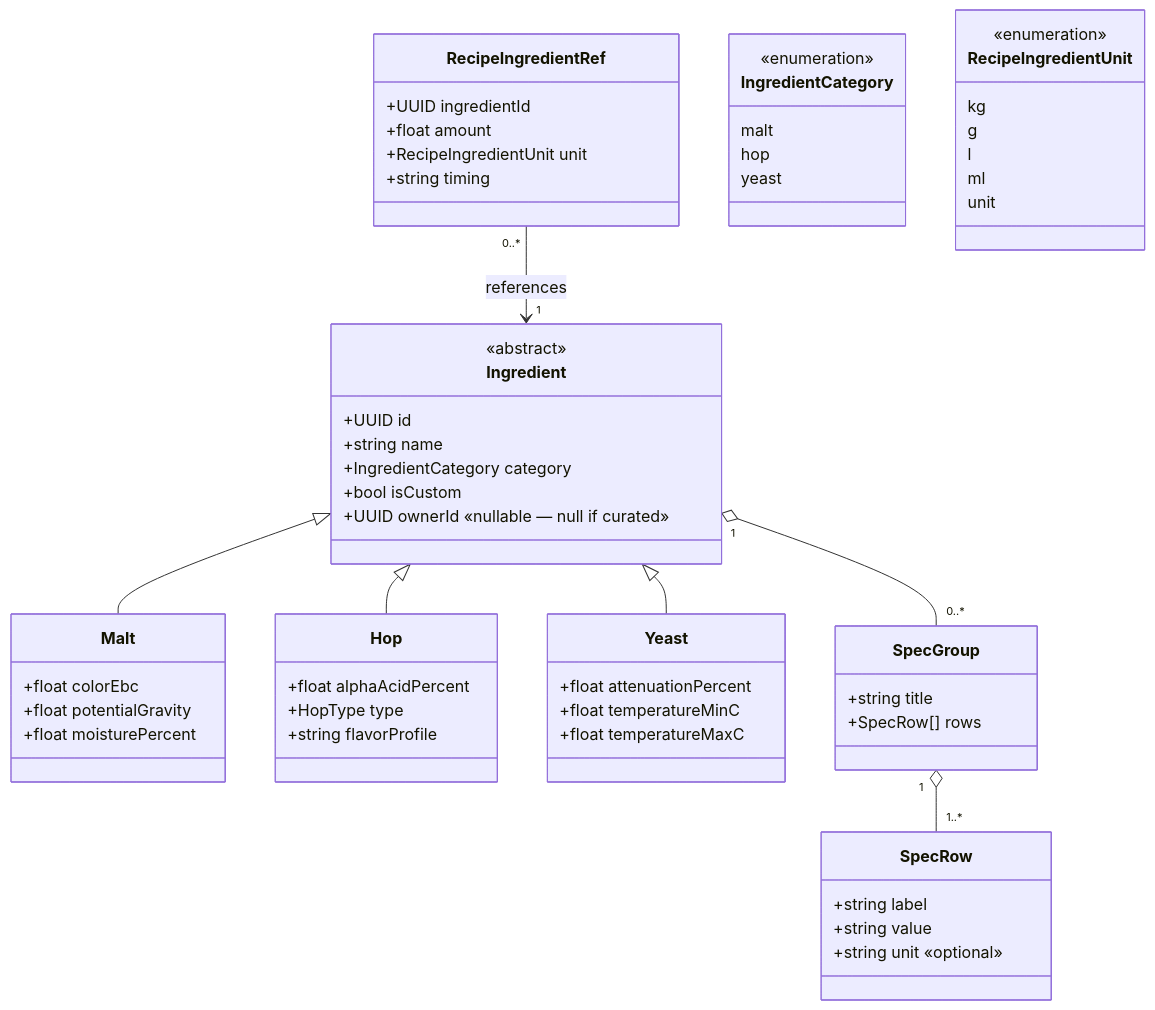
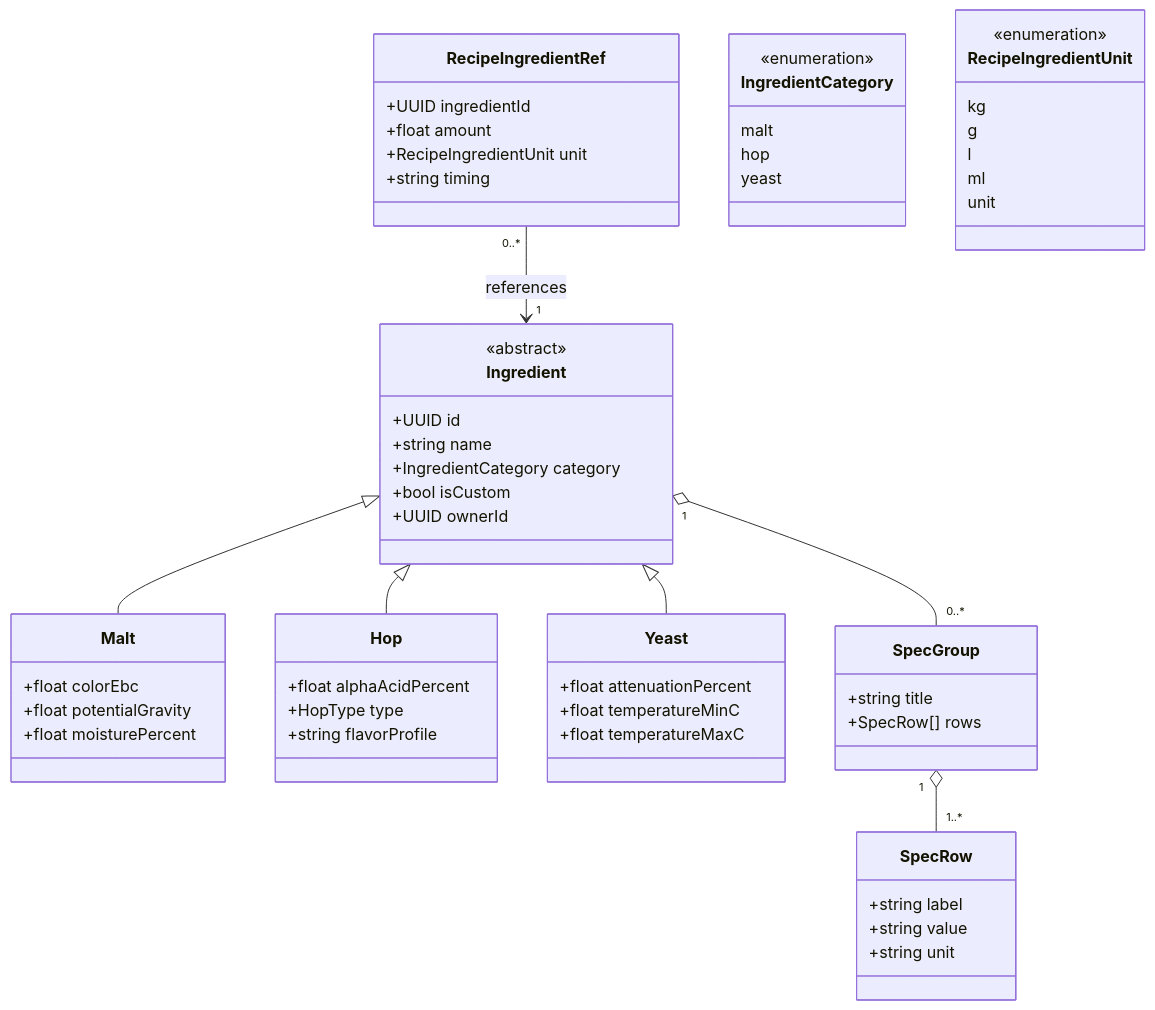
Before and after one commit to benoit-bremaud/brasse-bouillon: the diagram in docs/architecture/diagrams/ingredients/04-class.md, drawn with Mermaid. The commit also changed other lines of this file, not shown here.

Commit message:
docs(ingredients): keep Mermaid class members valid (annotations → notes)
Move nullability/optionality off the class member lines (Mermaid reserves «» for
class stereotypes, not members) into the Notes: ownerId nullable, SpecRow.unit
optional.

````diff
--- a/docs/architecture/diagrams/ingredients/04-class.md
+++ b/docs/architecture/diagrams/ingredients/04-class.md
@@ -17,63 +17,63 @@
 ```mermaid
 classDiagram
   class Ingredient {
     <<abstract>>
     +UUID id
     +string name
     +IngredientCategory category
     +bool isCustom
-    +UUID ownerId «nullable — null if curated»
+    +UUID ownerId
   }
   class Malt {
     +float colorEbc
     +float potentialGravity
     +float moisturePercent
   }
   class Hop {
     +float alphaAcidPercent
     +HopType type
     +string flavorProfile
   }
   class Yeast {
     +float attenuationPercent
     +float temperatureMinC
     +float temperatureMaxC
   }
   class SpecGroup {
     +string title
     +SpecRow[] rows
   }
   class SpecRow {
     +string label
     +string value
-    +string unit «optional»
+    +string unit
   }
   class RecipeIngredientRef {
     +UUID ingredientId
     +float amount
     +RecipeIngredientUnit unit
     +string timing
   }
 
   Ingredient <|-- Malt
   Ingredient <|-- Hop
   Ingredient <|-- Yeast
   Ingredient "1" o-- "0..*" SpecGroup
   SpecGroup "1" o-- "1..*" SpecRow
   RecipeIngredientRef "0..*" --> "1" Ingredient : references
 
   class IngredientCategory {
     <<enumeration>>
     malt
     hop
     yeast
   }
   class RecipeIngredientUnit {
     <<enumeration>>
     kg
     g
     l
     ml
     unit
   }
 ```
````
